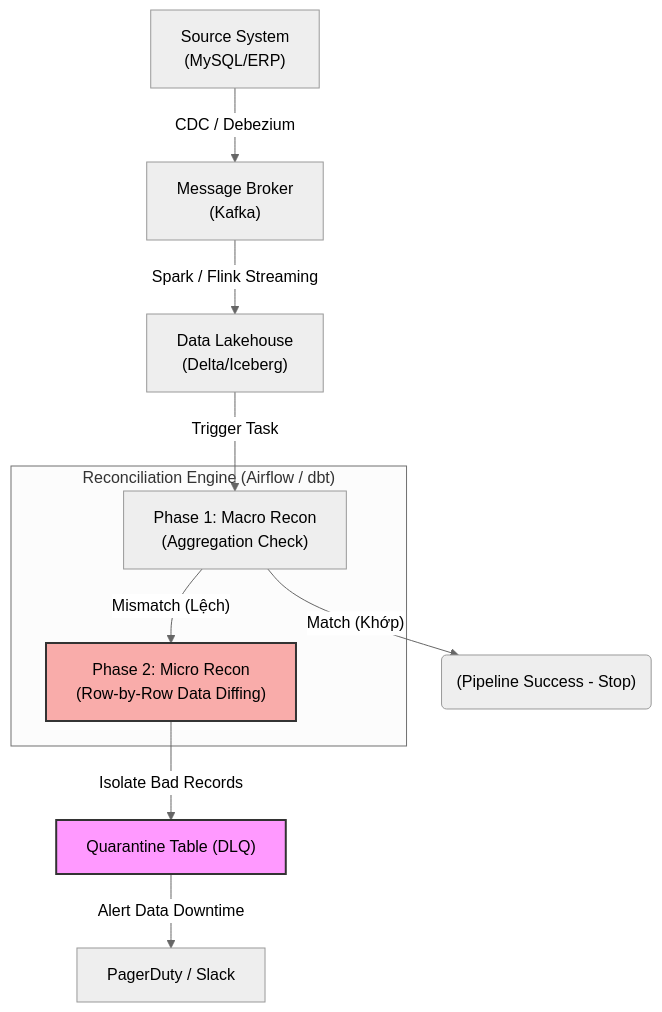
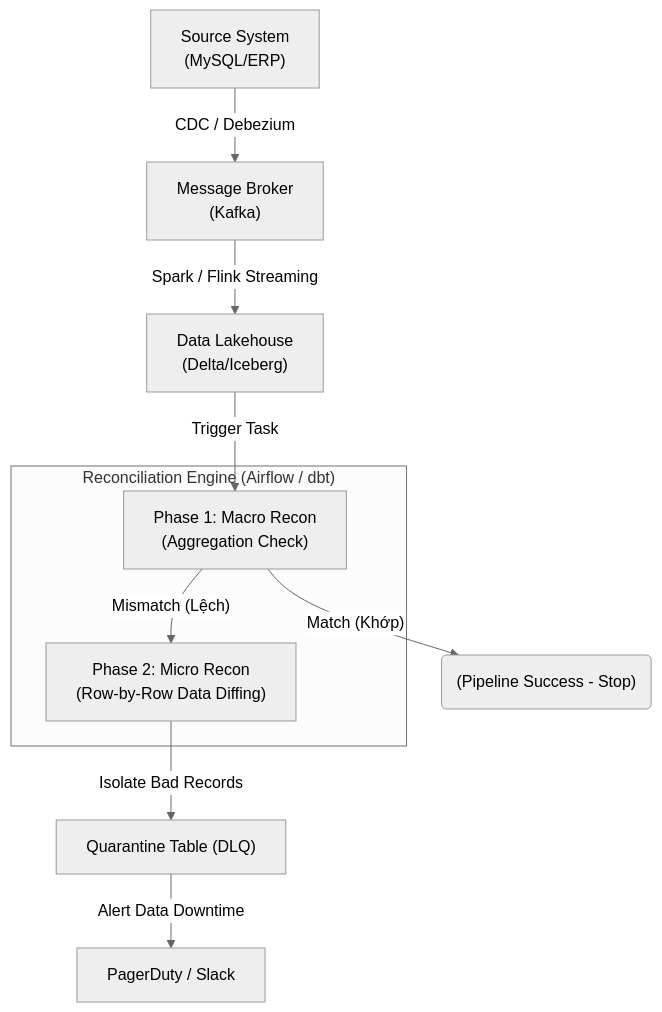
The diagram in src/content/docs/concepts/7-dataops-orchestration-quality/data-reconciliation.md (kythuatdulieu/kythuatdulieu.github.io), drawn with Mermaid (neutral theme) before and after one commit. The commit also changed 686 other files, not shown here.

````diff
--- a/src/content/docs/concepts/7-dataops-orchestration-quality/data-reconciliation.md
+++ b/src/content/docs/concepts/7-dataops-orchestration-quality/data-reconciliation.md
@@ -33,19 +33,18 @@
 ```mermaid
 graph TD
     A["Source System<br>(MySQL/ERP)"] -->|CDC / Debezium| B["Message Broker<br>(Kafka)"]
     B -->|Spark / Flink Streaming| C["Data Lakehouse<br>(Delta/Iceberg)"]
     
     subgraph "Reconciliation Engine (Airflow / dbt)"
     D["Phase 1: Macro Recon<br>(Aggregation Check)"]
     E["Phase 2: Micro Recon<br>(Row-by-Row Data Diffing)"]
     end
     
     C -->|Trigger Task| D
     D -->|"Match (Khớp)"| F("(Pipeline Success - Stop)")
     D -->|"Mismatch (Lệch)"| E
     E -->|Isolate Bad Records| G["Quarantine Table (DLQ)"]
     G -->|Alert Data Downtime| H["PagerDuty / Slack"]
-    
-    style E fill:#f9acaa,stroke:#333,stroke-width:2px
-    style G fill:#f9f,stroke:#333,stroke-width:2px
+
+
 ```
````
